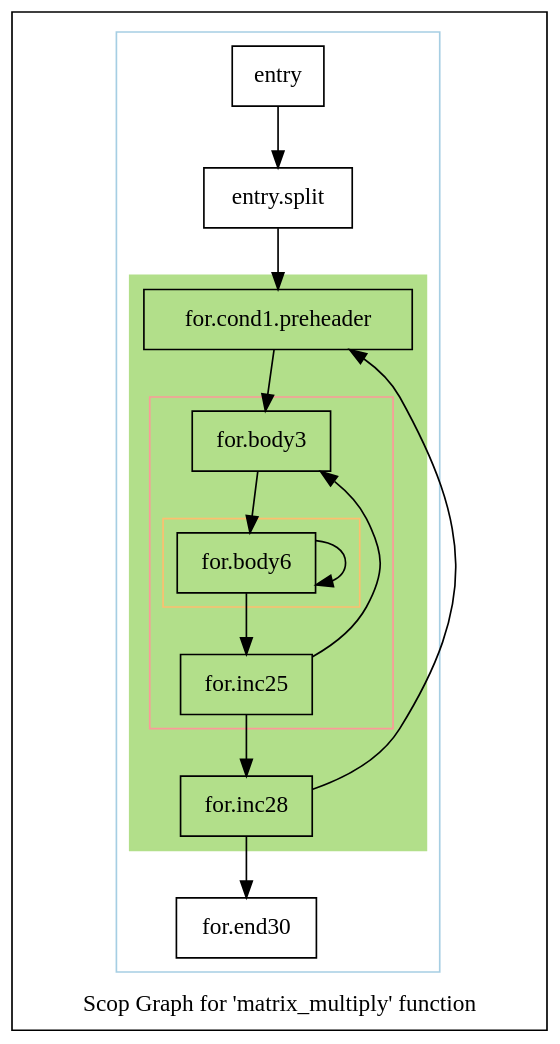
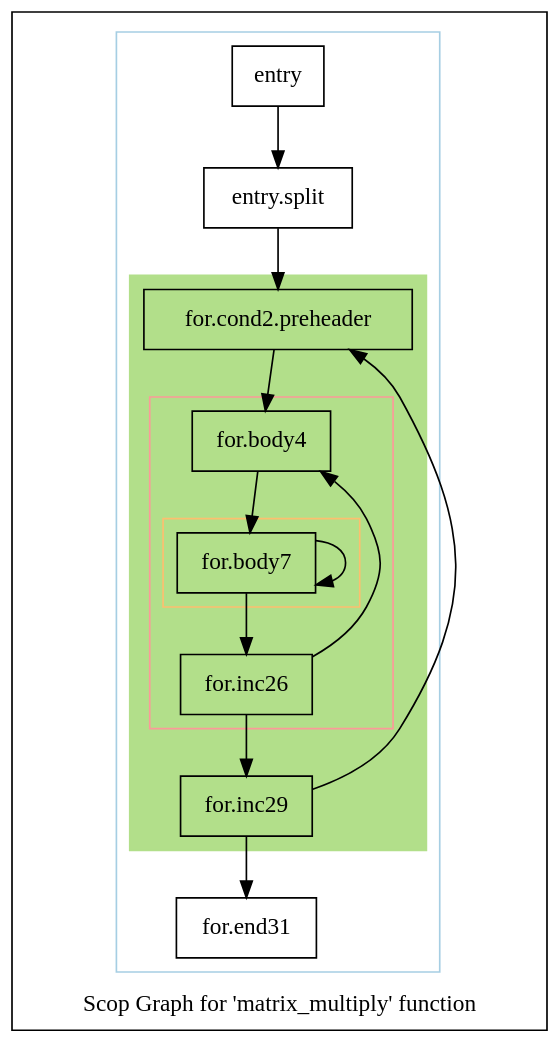
Before and after one commit to samminweng/WhileyOpenCL: the diagram in polly/MatrixMult/impl/handwritten2/dot-only/scopsonly.matrix_multiply.dot, drawn with Graphviz. The commit also changed 38 other files, not shown here.

```diff
--- a/polly/MatrixMult/impl/handwritten2/dot-only/scopsonly.matrix_multiply.dot
+++ b/polly/MatrixMult/impl/handwritten2/dot-only/scopsonly.matrix_multiply.dot
@@ -1,50 +1,50 @@
 digraph "Scop Graph for 'matrix_multiply' function" {
 	label="Scop Graph for 'matrix_multiply' function";
 
-	Node0x4fe9630 [shape=record,label="{entry}"];
-	Node0x4fe9630 -> Node0x4fe5160;
-	Node0x4fe5160 [shape=record,label="{entry.split}"];
-	Node0x4fe5160 -> Node0x4fe51c0;
-	Node0x4fe51c0 [shape=record,label="{for.cond1.preheader}"];
-	Node0x4fe51c0 -> Node0x4fe9970;
-	Node0x4fe9970 [shape=record,label="{for.body3}"];
-	Node0x4fe9970 -> Node0x4fe9990;
-	Node0x4fe9990 [shape=record,label="{for.body6}"];
-	Node0x4fe9990 -> Node0x4fe9990[constraint=false];
-	Node0x4fe9990 -> Node0x4fe98a0;
-	Node0x4fe98a0 [shape=record,label="{for.inc25}"];
-	Node0x4fe98a0 -> Node0x4fe9970[constraint=false];
-	Node0x4fe98a0 -> Node0x4fe98c0;
-	Node0x4fe98c0 [shape=record,label="{for.inc28}"];
-	Node0x4fe98c0 -> Node0x4fe51c0[constraint=false];
-	Node0x4fe98c0 -> Node0x4febd80;
-	Node0x4febd80 [shape=record,label="{for.end30}"];
+	Node0x6a81260 [shape=record,label="{entry}"];
+	Node0x6a81260 -> Node0x6a85b10;
+	Node0x6a85b10 [shape=record,label="{entry.split}"];
+	Node0x6a85b10 -> Node0x6a85280;
+	Node0x6a85280 [shape=record,label="{for.cond2.preheader}"];
+	Node0x6a85280 -> Node0x6a8cf30;
+	Node0x6a8cf30 [shape=record,label="{for.body4}"];
+	Node0x6a8cf30 -> Node0x6a8cf50;
+	Node0x6a8cf50 [shape=record,label="{for.body7}"];
+	Node0x6a8cf50 -> Node0x6a8cf50[constraint=false];
+	Node0x6a8cf50 -> Node0x6a8bbf0;
+	Node0x6a8bbf0 [shape=record,label="{for.inc26}"];
+	Node0x6a8bbf0 -> Node0x6a8cf30[constraint=false];
+	Node0x6a8bbf0 -> Node0x6a8bc10;
+	Node0x6a8bc10 [shape=record,label="{for.inc29}"];
+	Node0x6a8bc10 -> Node0x6a85280[constraint=false];
+	Node0x6a8bc10 -> Node0x6a8d100;
+	Node0x6a8d100 [shape=record,label="{for.end31}"];
 	colorscheme = "paired12"
-        subgraph cluster_0x4fc07a0 {
+        subgraph cluster_0x6a61160 {
           label = "";
           style = solid;
           color = 1
-          subgraph cluster_0x4fe0a80 {
+          subgraph cluster_0x6a81350 {
             label = "";
             style = filled;
-            color = 3            subgraph cluster_0x4fc0820 {
+            color = 3            subgraph cluster_0x6a611e0 {
               label = "";
               style = solid;
               color = 5
-              subgraph cluster_0x4fe05f0 {
+              subgraph cluster_0x6a80ec0 {
                 label = "";
                 style = solid;
                 color = 7
-                Node0x4fe9990;
+                Node0x6a8cf50;
               }
-              Node0x4fe9970;
-              Node0x4fe98a0;
+              Node0x6a8cf30;
+              Node0x6a8bbf0;
             }
-            Node0x4fe51c0;
-            Node0x4fe98c0;
+            Node0x6a85280;
+            Node0x6a8bc10;
           }
-          Node0x4fe9630;
-          Node0x4fe5160;
-          Node0x4febd80;
+          Node0x6a81260;
+          Node0x6a85b10;
+          Node0x6a8d100;
         }
 }
```
